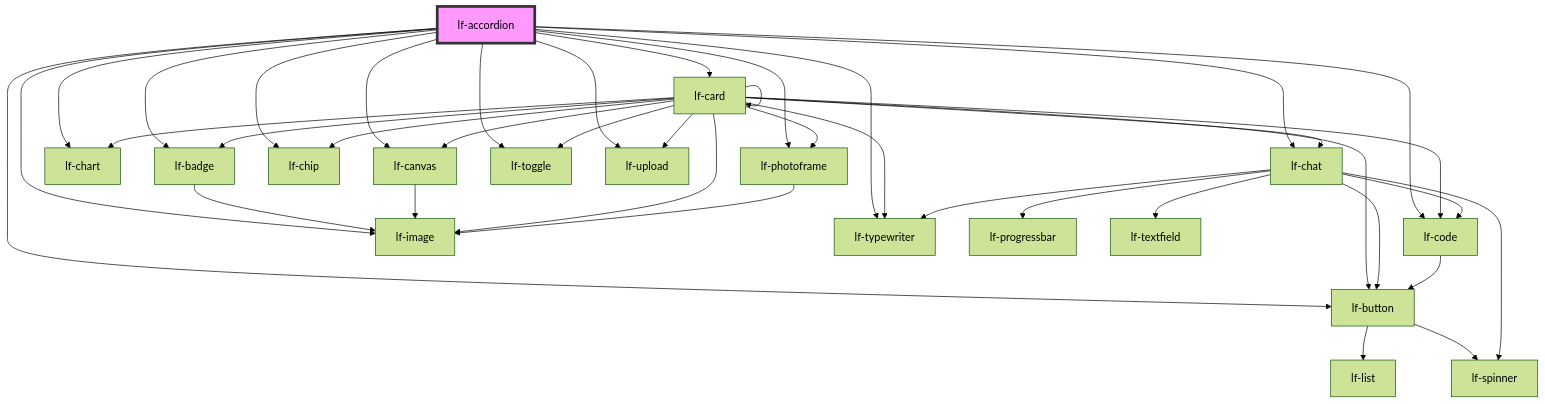
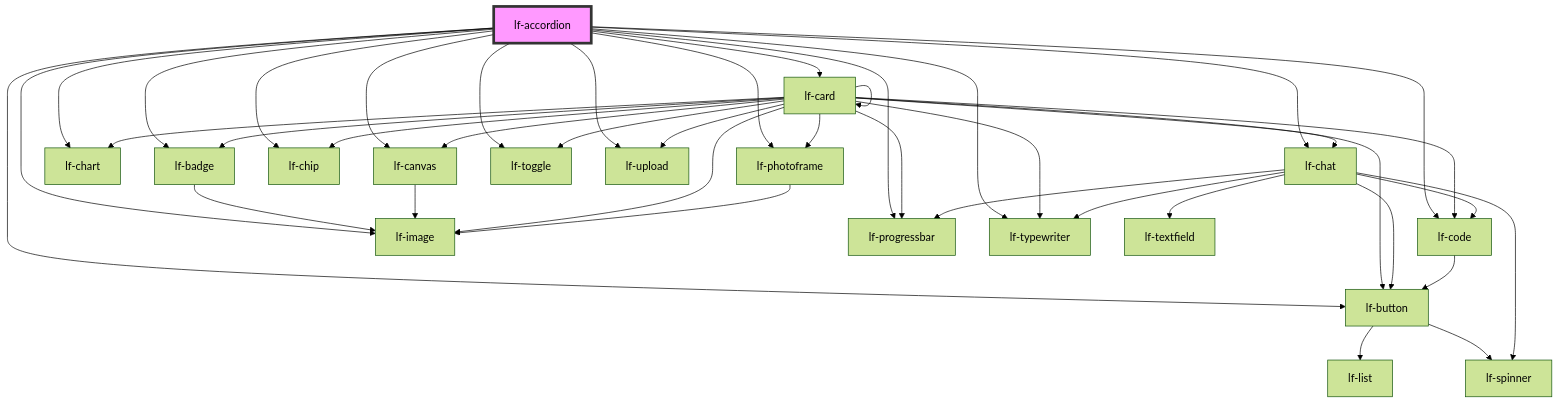
Before and after one commit to lucafoscili/lf-widgets: the diagram in packages/core/src/components/lf-accordion/readme.md, drawn with Mermaid (forest theme). The commit also changed other lines of this file and 9 other files, not shown here.

````diff
--- a/packages/core/src/components/lf-accordion/readme.md
+++ b/packages/core/src/components/lf-accordion/readme.md
@@ -152,42 +153,44 @@
 ```mermaid
 graph TD;
   lf-accordion --> lf-badge
   lf-accordion --> lf-button
   lf-accordion --> lf-canvas
   lf-accordion --> lf-card
   lf-accordion --> lf-chart
   lf-accordion --> lf-chat
   lf-accordion --> lf-chip
   lf-accordion --> lf-code
   lf-accordion --> lf-image
   lf-accordion --> lf-photoframe
+  lf-accordion --> lf-progressbar
   lf-accordion --> lf-toggle
   lf-accordion --> lf-typewriter
   lf-accordion --> lf-upload
   lf-badge --> lf-image
   lf-button --> lf-list
   lf-button --> lf-spinner
   lf-canvas --> lf-image
   lf-card --> lf-badge
   lf-card --> lf-button
   lf-card --> lf-canvas
   lf-card --> lf-card
   lf-card --> lf-chart
   lf-card --> lf-chat
   lf-card --> lf-chip
   lf-card --> lf-code
   lf-card --> lf-image
   lf-card --> lf-photoframe
+  lf-card --> lf-progressbar
   lf-card --> lf-toggle
   lf-card --> lf-typewriter
   lf-card --> lf-upload
   lf-chat --> lf-spinner
   lf-chat --> lf-button
   lf-chat --> lf-typewriter
   lf-chat --> lf-progressbar
   lf-chat --> lf-textfield
   lf-chat --> lf-code
   lf-code --> lf-button
   lf-photoframe --> lf-image
   style lf-accordion fill:#f9f,stroke:#333,stroke-width:4px
 ```
````
